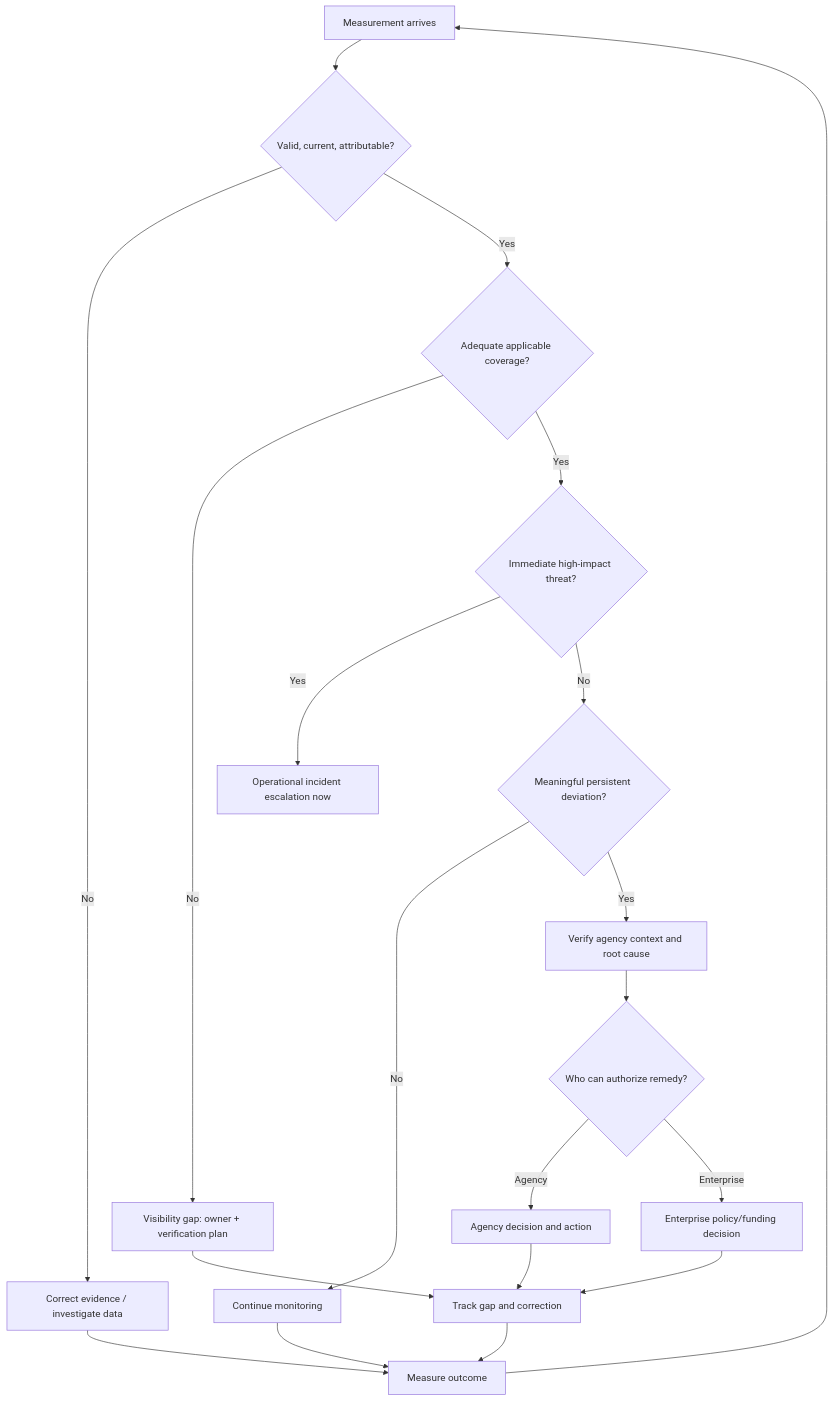
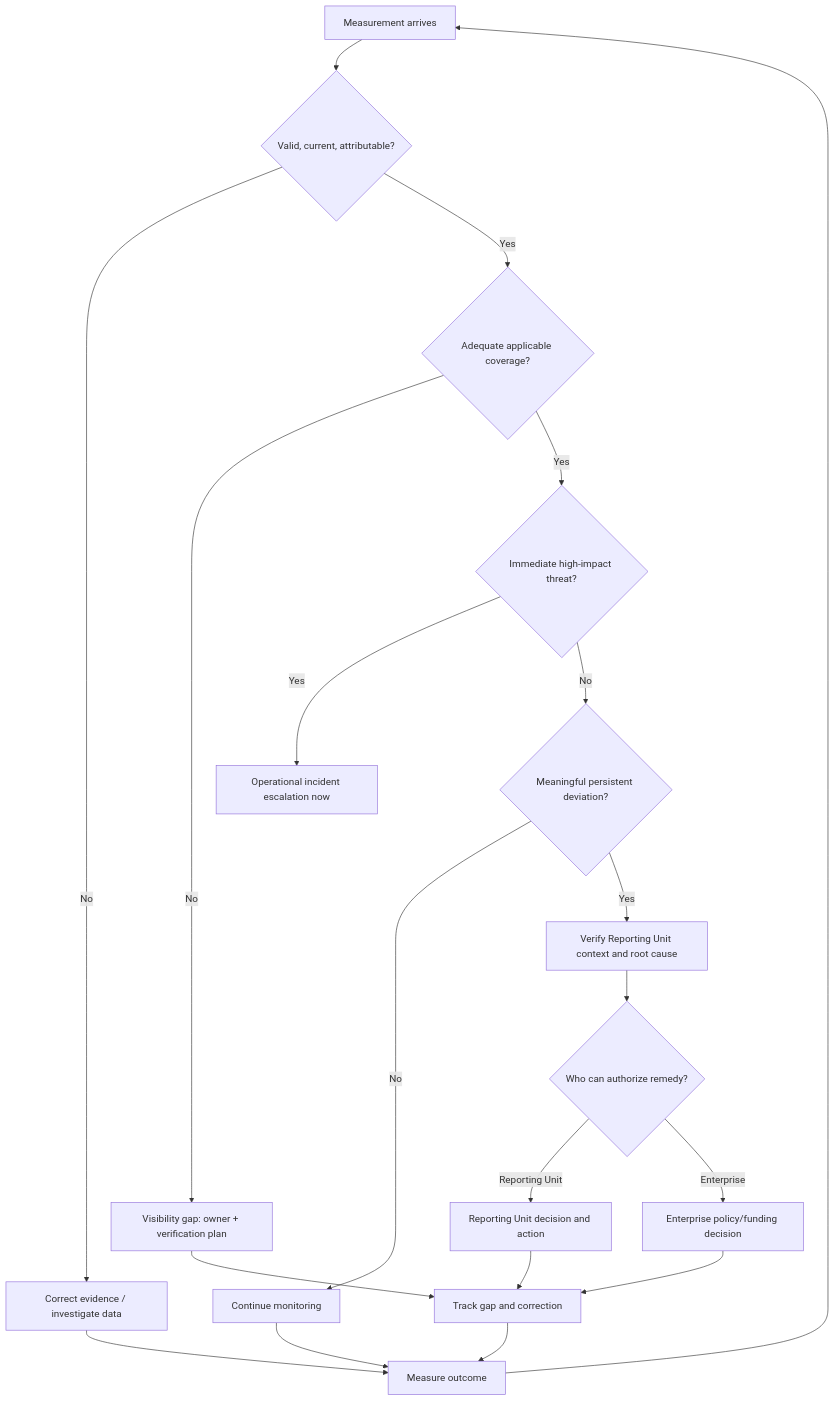
One commit to 11bztaylor/ReporttheReporter changed the diagram in program/04-decision-and-escalation.md. Above: the diagram before and after it, drawn with Mermaid.

Commit message:
Use neutral Reporting Unit and platform terminology

````diff
--- a/program/04-decision-and-escalation.md
+++ b/program/04-decision-and-escalation.md
@@ -3,22 +3,22 @@
 ```mermaid
 flowchart TD
  A["Measurement arrives"] --> B{"Valid, current, attributable?"}
  B -- No --> C["Correct evidence / investigate data"]
  B -- Yes --> D{"Adequate applicable coverage?"}
  D -- No --> E["Visibility gap: owner + verification plan"]
  D -- Yes --> F{"Immediate high-impact threat?"}
  F -- Yes --> G["Operational incident escalation now"]
  F -- No --> H{"Meaningful persistent deviation?"}
  H -- No --> I["Continue monitoring"]
- H -- Yes --> J["Verify agency context and root cause"]
+ H -- Yes --> J["Verify Reporting Unit context and root cause"]
  J --> K{"Who can authorize remedy?"}
- K -- Agency --> L["Agency decision and action"]
+ K -- Reporting Unit --> L["Reporting Unit decision and action"]
  K -- Enterprise --> M["Enterprise policy/funding decision"]
  E --> N["Track gap and correction"]
  L --> N
  M --> N
  N --> O["Measure outcome"]
  C --> O
  I --> O
  O --> A
 ```
````
